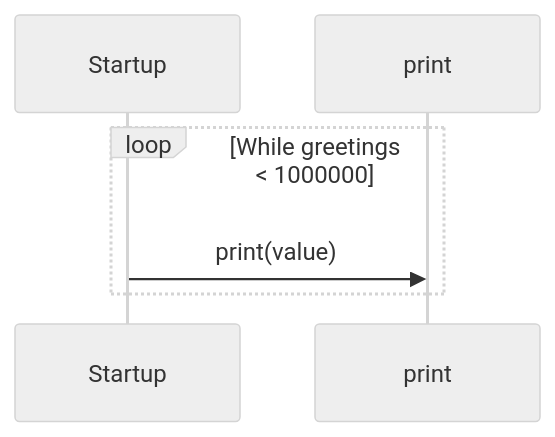
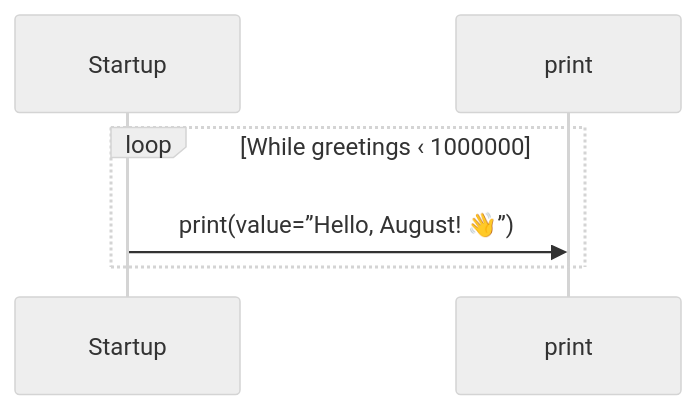
Before and after one commit to GreenPandaStudios/augscript: the diagram in benchmarks/greetings/main.aug.diagrams.md, drawn with Mermaid (neutral theme). The commit also changed other lines of this file and 524 other files, not shown here.

Commit message:
Explain checked data flow at folder and service levels

````diff
--- a/benchmarks/greetings/main.aug.diagrams.md
+++ b/benchmarks/greetings/main.aug.diagrams.md
@@ -25,8 +18,8 @@
 ```mermaid
 sequenceDiagram
     participant p0 as Startup
     participant p1 as print
-    loop While greetings #60; 1000000
-    p0->>p1: print(value)
+    loop While greetings ‹ 1000000
+    p0->>p1: print(value=”Hello, August! 👋”)
     end
 ```
````
